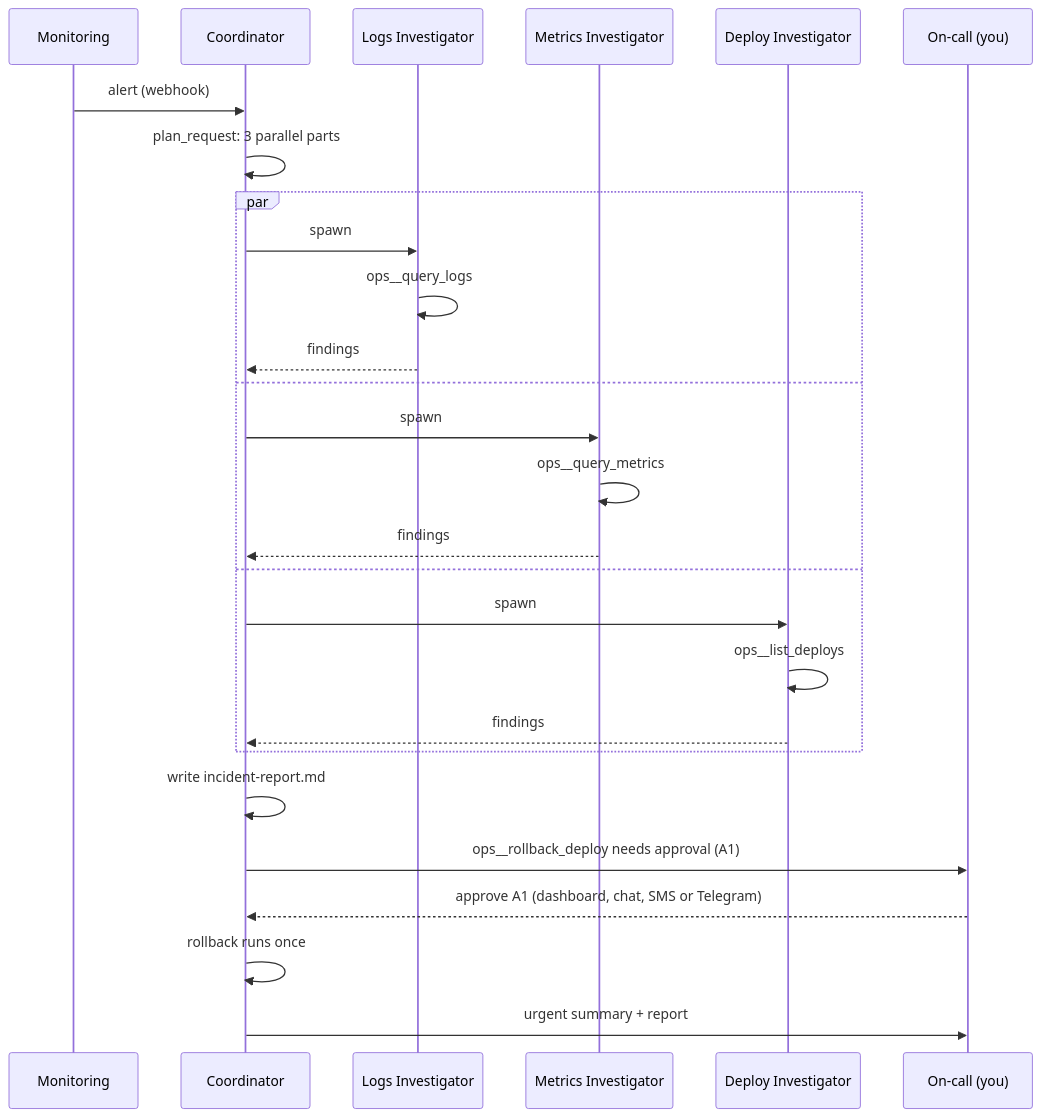
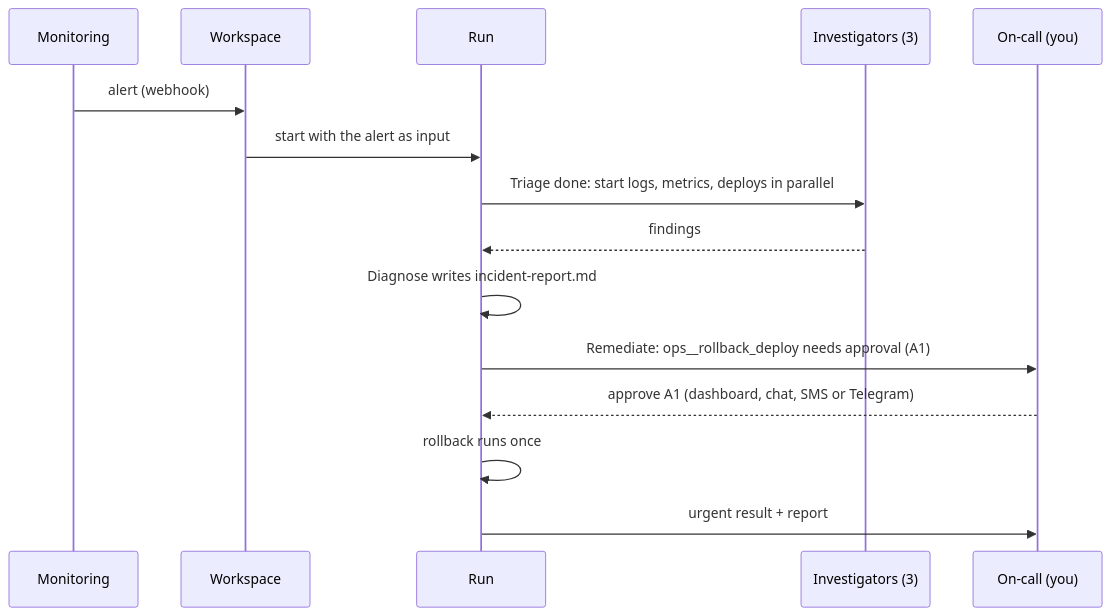
Before and after one commit to kaypee90/aktor-agents: the second of 2 diagrams in docs/incident-response.md, drawn with Mermaid. The commit also changed other lines of this file and 97 other files, not shown here.

````diff
--- a/docs/incident-response.md
+++ b/docs/incident-response.md
@@ -9,29 +22,17 @@
 ```mermaid
 sequenceDiagram
     participant M as Monitoring
-    participant C as Coordinator
-    participant L as Logs Investigator
-    participant X as Metrics Investigator
-    participant D as Deploy Investigator
+    participant W as Workspace
+    participant Run as Run #1
+    participant I as Investigators (3)
     participant U as On-call (you)
-    M->>C: alert (webhook)
-    C->>C: plan_request: 3 parallel parts
-    par
-        C->>L: spawn
-        L->>L: ops__query_logs
-        L-->>C: findings
-    and
-        C->>X: spawn
-        X->>X: ops__query_metrics
-        X-->>C: findings
-    and
-        C->>D: spawn
-        D->>D: ops__list_deploys
-        D-->>C: findings
-    end
-    C->>C: write incident-report.md
-    C->>U: ops__rollback_deploy needs approval (A1)
-    U-->>C: approve A1 (dashboard, chat, SMS or Telegram)
-    C->>C: rollback runs once
-    C->>U: urgent summary + report
+    M->>W: alert (webhook)
+    W->>Run: start with the alert as input
+    Run->>I: Triage done: start logs, metrics, deploys in parallel
+    I-->>Run: findings
+    Run->>Run: Diagnose writes incident-report.md
+    Run->>U: Remediate: ops__rollback_deploy needs approval (A1)
+    U-->>Run: approve A1 (dashboard, chat, SMS or Telegram)
+    Run->>Run: rollback runs once
+    Run->>U: urgent result + report
 ```
````
